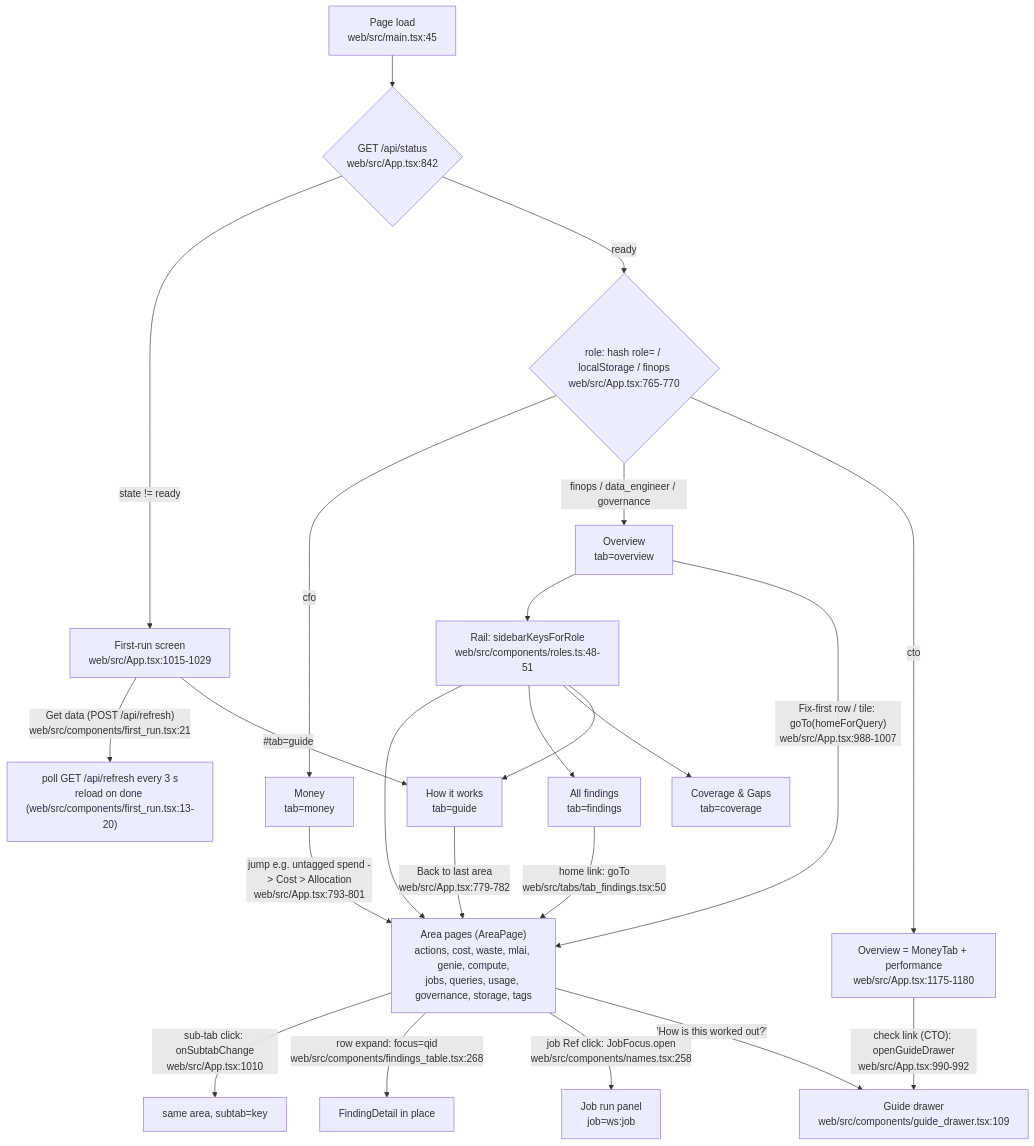
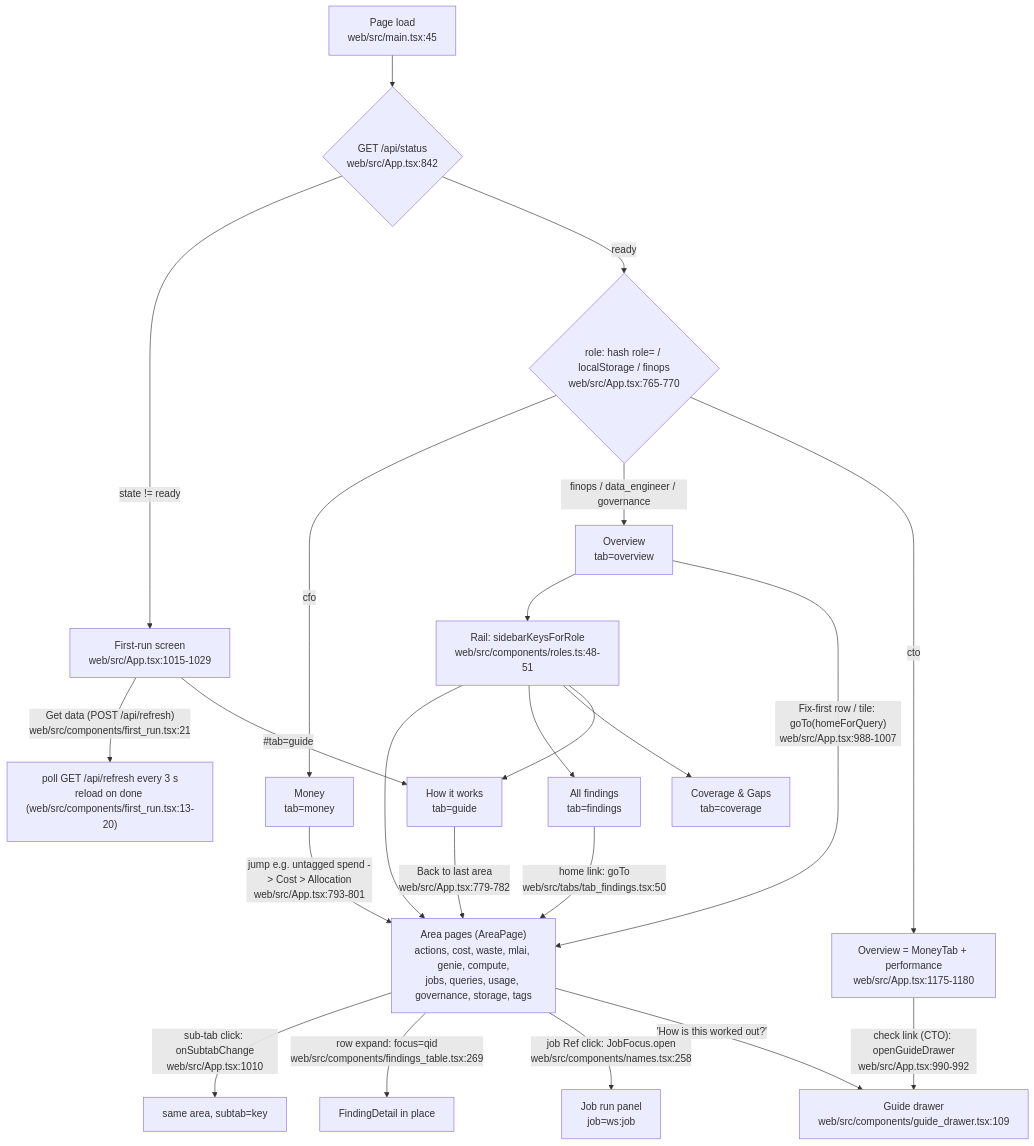
One commit to darshanmeel/databricks-audit-app changed the first of 2 diagrams in databricks-audit-app-knowledge-graph/flows/ui_navigation.md. Above: the diagram before and after it, drawn with Mermaid. The commit also changed other lines of this file and 94 other files, not shown here.

First line of the commit message:
Graph and technical doc updated for the review fixes: 8,352 nodes and 23,453 edges

````diff
--- a/databricks-audit-app-knowledge-graph/flows/ui_navigation.md
+++ b/databricks-audit-app-knowledge-graph/flows/ui_navigation.md
@@ -7,26 +7,26 @@
 ```mermaid
 flowchart TD
   LOAD["Page load<br/>web/src/main.tsx:45"] --> ST{"GET /api/status<br/>web/src/App.tsx:842"}
   ST -->|"state != ready"| FR["First-run screen<br/>web/src/App.tsx:1015-1029"]
   FR -->|"Get data (POST /api/refresh)<br/>web/src/components/first_run.tsx:21"| RELOAD["poll GET /api/refresh every 3 s<br/>reload on done (web/src/components/first_run.tsx:13-20)"]
   FR -->|"#tab=guide"| GUIDE
   ST -->|ready| ROLE{"role: hash role= / localStorage / finops<br/>web/src/App.tsx:765-770"}
   ROLE -->|cfo| MONEY["Money<br/>tab=money"]
   ROLE -->|"finops / data_engineer / governance"| OV["Overview<br/>tab=overview"]
   ROLE -->|cto| OVCTO["Overview = MoneyTab + performance<br/>web/src/App.tsx:1175-1180"]
 
   OV --> RAIL["Rail: sidebarKeysForRole<br/>web/src/components/roles.ts:48-51"]
   RAIL --> AREAS["Area pages (AreaPage)<br/>actions, cost, waste, mlai, genie, compute,<br/>jobs, queries, usage, governance, storage, tags"]
   RAIL --> FIND["All findings<br/>tab=findings"]
   RAIL --> COV["Coverage & Gaps<br/>tab=coverage"]
   RAIL --> GUIDE["How it works<br/>tab=guide"]
   AREAS -->|"sub-tab click: onSubtabChange<br/>web/src/App.tsx:1010"| SUBT["same area, subtab=key"]
-  AREAS -->|"row expand: focus=qid<br/>web/src/components/findings_table.tsx:268"| DET["FindingDetail in place"]
+  AREAS -->|"row expand: focus=qid<br/>web/src/components/findings_table.tsx:269"| DET["FindingDetail in place"]
   AREAS -->|"job Ref click: JobFocus.open<br/>web/src/components/names.tsx:258"| JOB["Job run panel<br/>job=ws:job"]
   AREAS -->|"'How is this worked out?'"| DRAWER["Guide drawer<br/>web/src/components/guide_drawer.tsx:109"]
   OV -->|"Fix-first row / tile: goTo(homeForQuery)<br/>web/src/App.tsx:988-1007"| AREAS
   FIND -->|"home link: goTo<br/>web/src/tabs/tab_findings.tsx:50"| AREAS
   MONEY -->|"jump e.g. untagged spend -> Cost > Allocation<br/>web/src/App.tsx:793-801"| AREAS
   OVCTO -->|"check link (CTO): openGuideDrawer<br/>web/src/App.tsx:990-992"| DRAWER
   GUIDE -->|"Back to last area<br/>web/src/App.tsx:779-782"| AREAS
 ```
````
